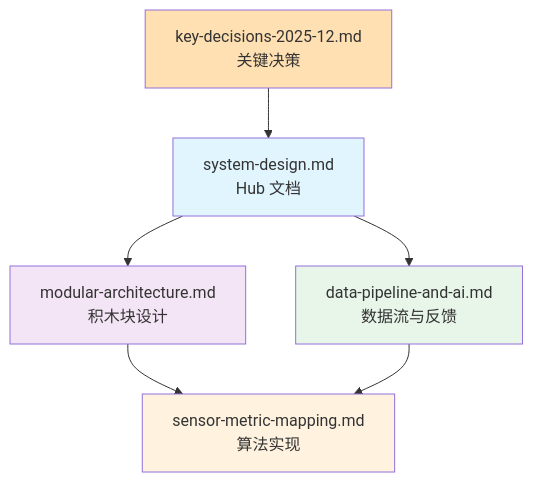
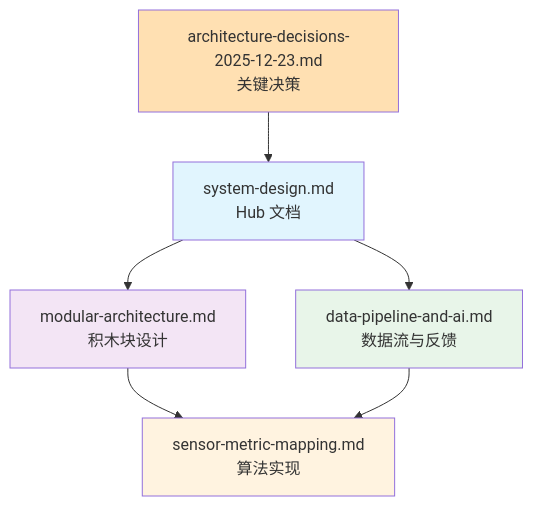
Before and after one commit to movement-chain-ai/movement-chain-docs: the diagram in docs/zh/design/architecture/index.md, drawn with Mermaid. The commit also changed other lines of this file and 21 other files, not shown here.

````diff
--- a/docs/zh/design/architecture/index.md
+++ b/docs/zh/design/architecture/index.md
@@ -38,14 +38,14 @@
 ```mermaid
 graph TD
-    KEY[key-decisions-2025-12.md<br/>关键决策] --> SYS[system-design.md<br/>Hub 文档]
+    KEY[architecture-decisions-2025-12-23.md<br/>关键决策] --> SYS[system-design.md<br/>Hub 文档]
     SYS --> MOD[modular-architecture.md<br/>积木块设计]
     SYS --> DATA[data-pipeline-and-ai.md<br/>数据流与反馈]
     MOD --> SENS[sensor-metric-mapping.md<br/>算法实现]
     DATA --> SENS
 
     style KEY fill:#ffe0b2
     style SYS fill:#e1f5fe
     style MOD fill:#f3e5f5
     style DATA fill:#e8f5e9
     style SENS fill:#fff3e0
 ```
````
